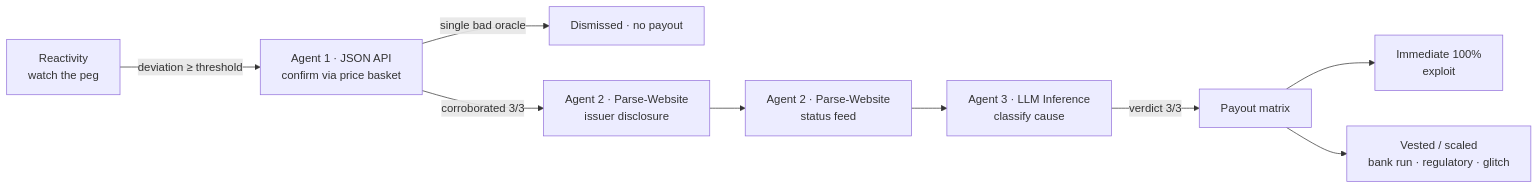
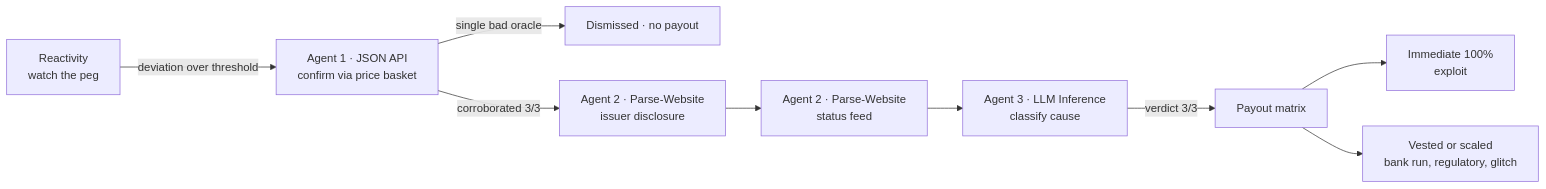
Before and after one commit to Manuel-dev01/Sentinel: the diagram in README.md, drawn with Mermaid. The commit also changed other lines of this file and 6 other files, not shown here.

````diff
--- a/README.md
+++ b/README.md
@@ -39,11 +39,11 @@
 ```mermaid
 flowchart LR
-    A[Reactivity<br/>watch the peg] -->|deviation ≥ threshold| B[Agent 1 · JSON API<br/>confirm via price basket]
+    A[Reactivity<br/>watch the peg] -->|deviation over threshold| B[Agent 1 · JSON API<br/>confirm via price basket]
     B -->|single bad oracle| X[Dismissed · no payout]
     B -->|corroborated 3/3| C[Agent 2 · Parse-Website<br/>issuer disclosure]
     C --> D[Agent 2 · Parse-Website<br/>status feed]
     D --> E[Agent 3 · LLM Inference<br/>classify cause]
     E -->|verdict 3/3| F[Payout matrix]
     F --> G[Immediate 100%<br/>exploit]
-    F --> H[Vested / scaled<br/>bank run · regulatory · glitch]
+    F --> H[Vested or scaled<br/>bank run, regulatory, glitch]
 ```
````
